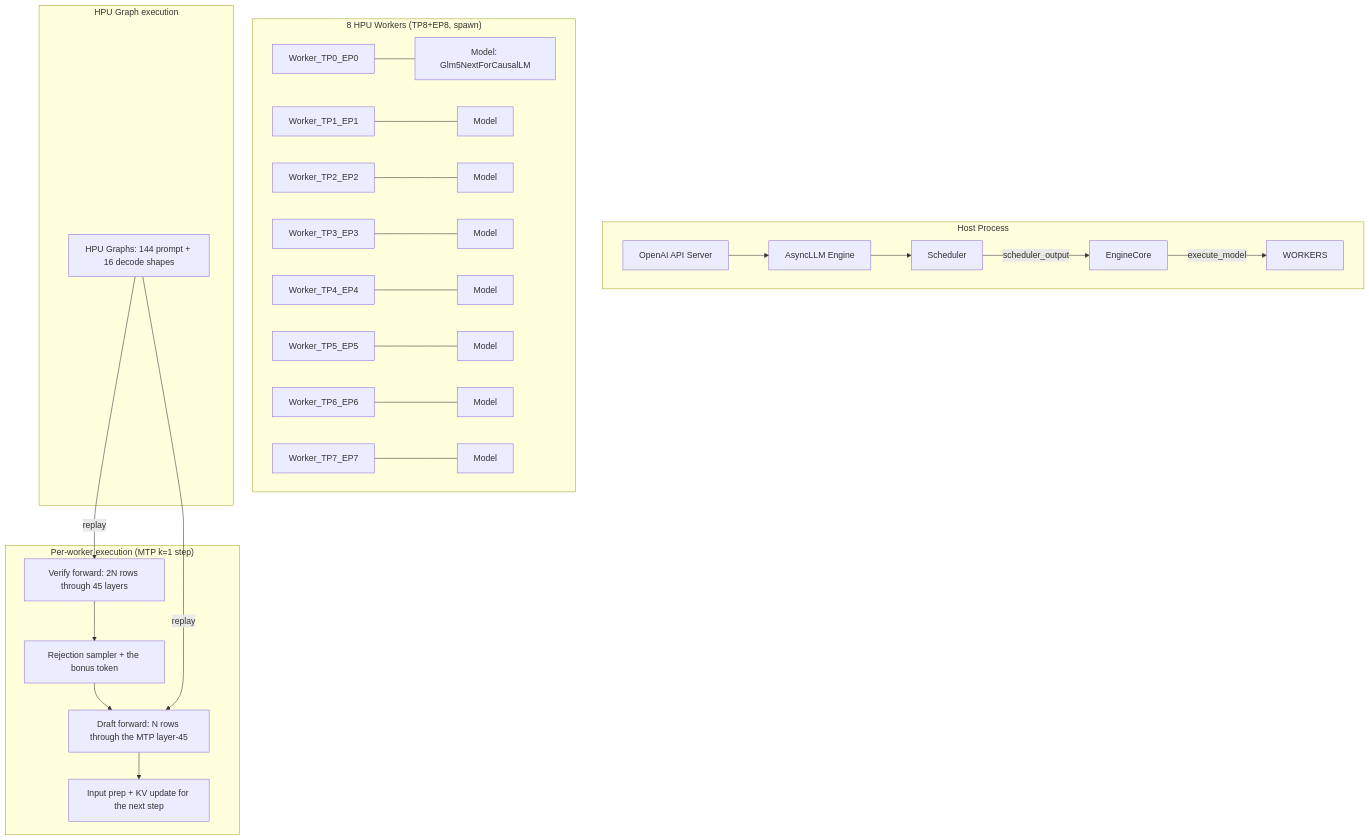
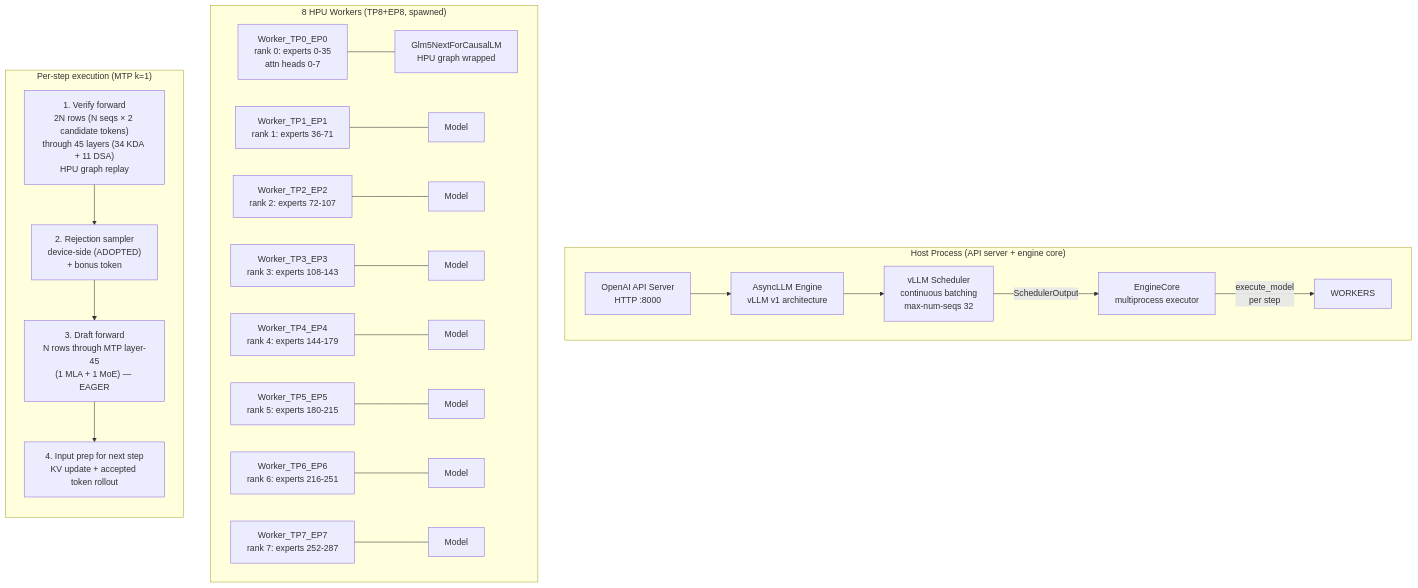
Before and after one commit to GPUprocess/gaudi-cookbook-fork: the diagram in docs/current_bottleneck.md, drawn with Mermaid. The commit also changed other lines of this file, not shown here.

Commit message:
docs: current_bottleneck.md revision 2 — the full 11-section restructure with the PT2/B7 findings, the Q17/Q11 refutations, the saturation curve, the 4-HPU candidate, and the updated research questions

````diff
--- a/docs/current_bottleneck.md
+++ b/docs/current_bottleneck.md
@@ -58,31 +69,28 @@
 ```mermaid
 graph TD
-    subgraph "Host Process"
-        API[OpenAI API Server] --> ENGINE[AsyncLLM Engine]
-        ENGINE --> SCHED[Scheduler]
-        SCHED --> |scheduler_output| CORE[EngineCore]
-        CORE --> |execute_model| WORKERS
+    subgraph "Host Process (API server + engine core)"
+        API[OpenAI API Server<br/>HTTP :8000] --> ENGINE[AsyncLLM Engine<br/>vLLM v1 architecture]
+        ENGINE --> SCHED[vLLM Scheduler<br/>continuous batching<br/>max-num-seqs 32]
+        SCHED --> |SchedulerOutput| CORE[EngineCore<br/>multiprocess executor]
+        CORE --> |execute_model<br/>per step| WORKERS
     end
 
-    subgraph "8 HPU Workers (TP8+EP8, spawn)"
-        W0[Worker_TP0_EP0] --- M0[Model: Glm5NextForCausalLM]
-        W1[Worker_TP1_EP1] --- M1[Model]
-        W2[Worker_TP2_EP2] --- M2[Model]
-        W3[Worker_TP3_EP3] --- M3[Model]
-        W4[Worker_TP4_EP4] --- M4[Model]
-        W5[Worker_TP5_EP5] --- M5[Model]
-        W6[Worker_TP6_EP6] --- M6[Model]
-        W7[Worker_TP7_EP7] --- M7[Model]
+    subgraph "8 HPU Workers (TP8+EP8, spawned)"
+        direction LR
+        W0["Worker_TP0_EP0<br/>rank 0: experts 0-35<br/>attn heads 0-7"] --- M0[Glm5NextForCausalLM<br/>HPU graph wrapped]
+        W1["Worker_TP1_EP1<br/>rank 1: experts 36-71"] --- M1[Model]
+        W2["Worker_TP2_EP2<br/>rank 2: experts 72-107"] --- M2[Model]
+        W3["Worker_TP3_EP3<br/>rank 3: experts 108-143"] --- M3[Model]
+        W4["Worker_TP4_EP4<br/>rank 4: experts 144-179"] --- M4[Model]
+        W5["Worker_TP5_EP5<br/>rank 5: experts 180-215"] --- M5[Model]
+        W6["Worker_TP6_EP6<br/>rank 6: experts 216-251"] --- M6[Model]
+        W7["Worker_TP7_EP7<br/>rank 7: experts 252-287"] --- M7[Model]
     end
 
-    subgraph "Per-worker execution (MTP k=1 step)"
-        VERIFY[Verify forward: 2N rows through 45 layers] --> SAMPLE[Rejection sampler + the bonus token]
-        SAMPLE --> DRAFT[Draft forward: N rows through the MTP layer-45]
-        DRAFT --> PREP[Input prep + KV update for the next step]
-    end
-
-    subgraph "HPU Graph execution"
-        GRAPHS[HPU Graphs: 144 prompt + 16 decode shapes] --> |replay| VERIFY
-        GRAPHS --> |replay| DRAFT
+    subgraph "Per-step execution (MTP k=1)"
+        direction TB
+        VERIFY["1. Verify forward<br/>2N rows (N seqs × 2 candidate tokens)<br/>through 45 layers (34 KDA + 11 DSA)<br/>HPU graph replay"] --> SAMPLE["2. Rejection sampler<br/>device-side (ADOPTED)<br/>+ bonus token"]
+        SAMPLE --> DRAFT["3. Draft forward<br/>N rows through MTP layer-45<br/>(1 MLA + 1 MoE) — EAGER"]
+        DRAFT --> PREP["4. Input prep for next step<br/>KV update + accepted token rollout<br+ early draft enqueue (ADOPTED)"]
     end
 ```
````
